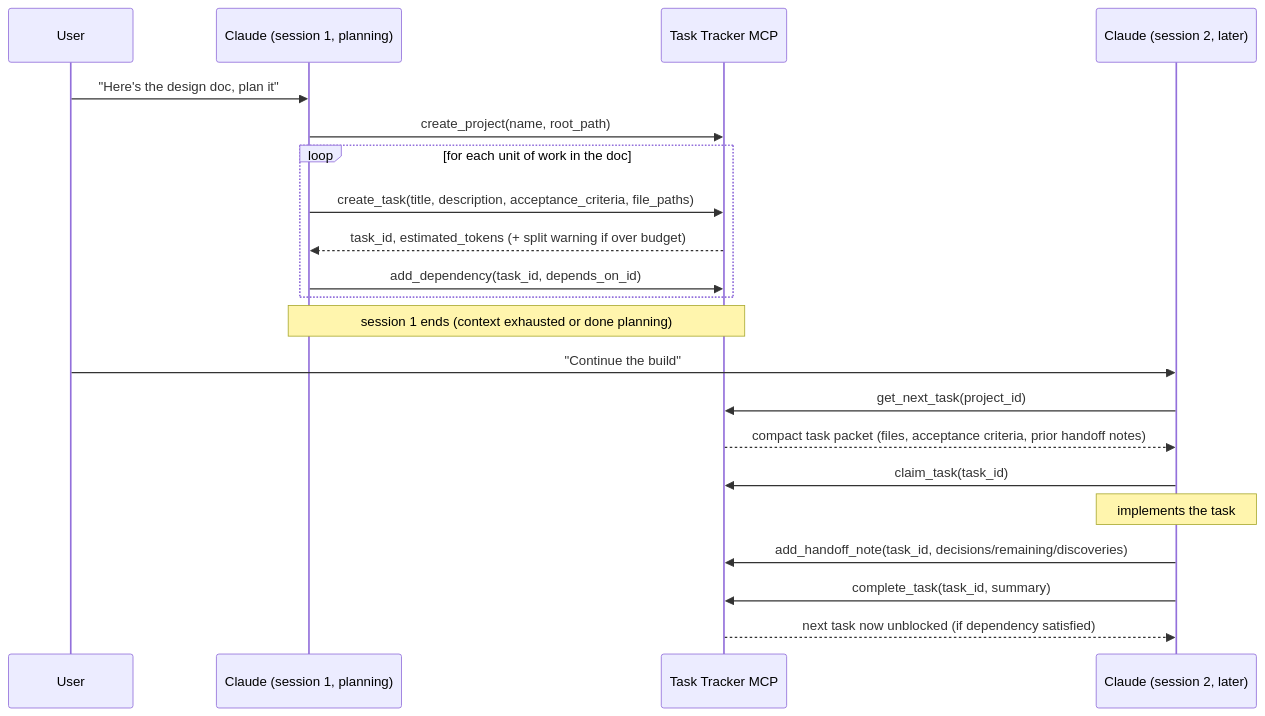
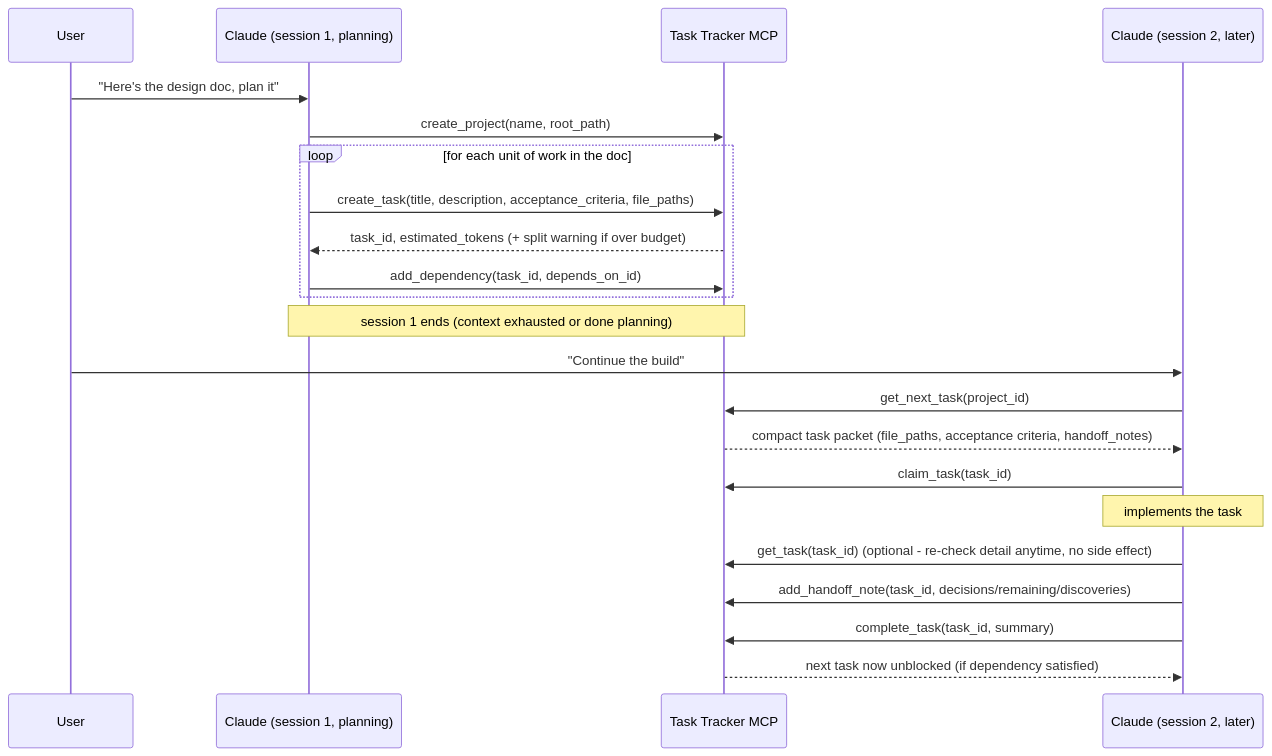
One commit to madmurdok/task-tracker-mcp changed the second of 3 diagrams in docs/architecture/task-tracker-mcp.md. Above: the diagram before and after it, drawn with Mermaid. The commit also changed other lines of this file and 31 other files, not shown here.

First line of the commit message:
feat: add task cancellation, priority, releases, task detail packet, and bulk creation

````diff
--- a/docs/architecture/task-tracker-mcp.md
+++ b/docs/architecture/task-tracker-mcp.md
@@ -96,26 +101,27 @@
 ```mermaid
 sequenceDiagram
     participant U as User
     participant C1 as Claude (session 1, planning)
     participant S as Task Tracker MCP
     participant C2 as Claude (session 2, later)
 
     U->>C1: "Here's the design doc, plan it"
     C1->>S: create_project(name, root_path)
     loop for each unit of work in the doc
         C1->>S: create_task(title, description, acceptance_criteria, file_paths)
         S-->>C1: task_id, estimated_tokens (+ split warning if over budget)
         C1->>S: add_dependency(task_id, depends_on_id)
     end
 
     Note over C1,S: session 1 ends (context exhausted or done planning)
 
     U->>C2: "Continue the build"
     C2->>S: get_next_task(project_id)
-    S-->>C2: compact task packet (files, acceptance criteria, prior handoff notes)
+    S-->>C2: compact task packet (file_paths, acceptance criteria, handoff_notes)
     C2->>S: claim_task(task_id)
     Note over C2: implements the task
+    C2->>S: get_task(task_id) (optional - re-check detail anytime, no side effect)
     C2->>S: add_handoff_note(task_id, decisions/remaining/discoveries)
     C2->>S: complete_task(task_id, summary)
     S-->>C2: next task now unblocked (if dependency satisfied)
 ```
````
